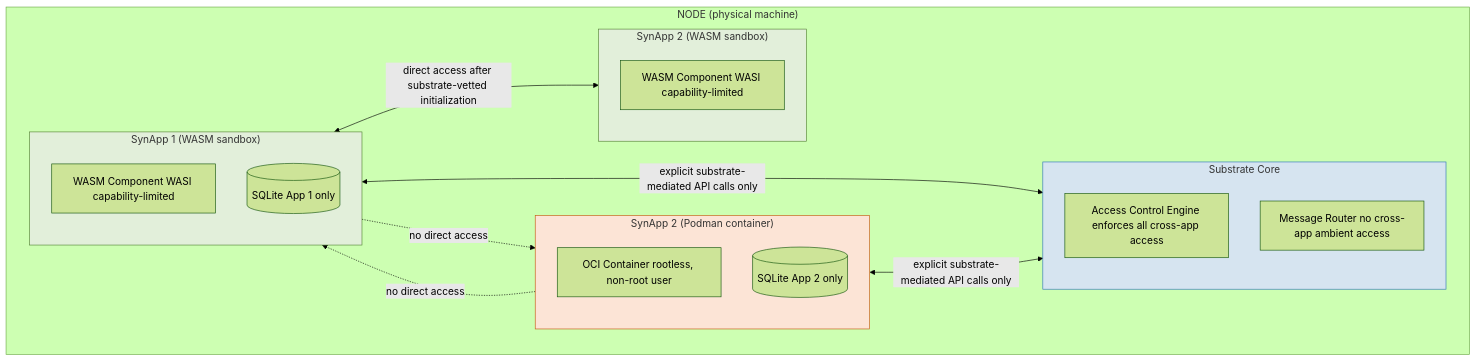
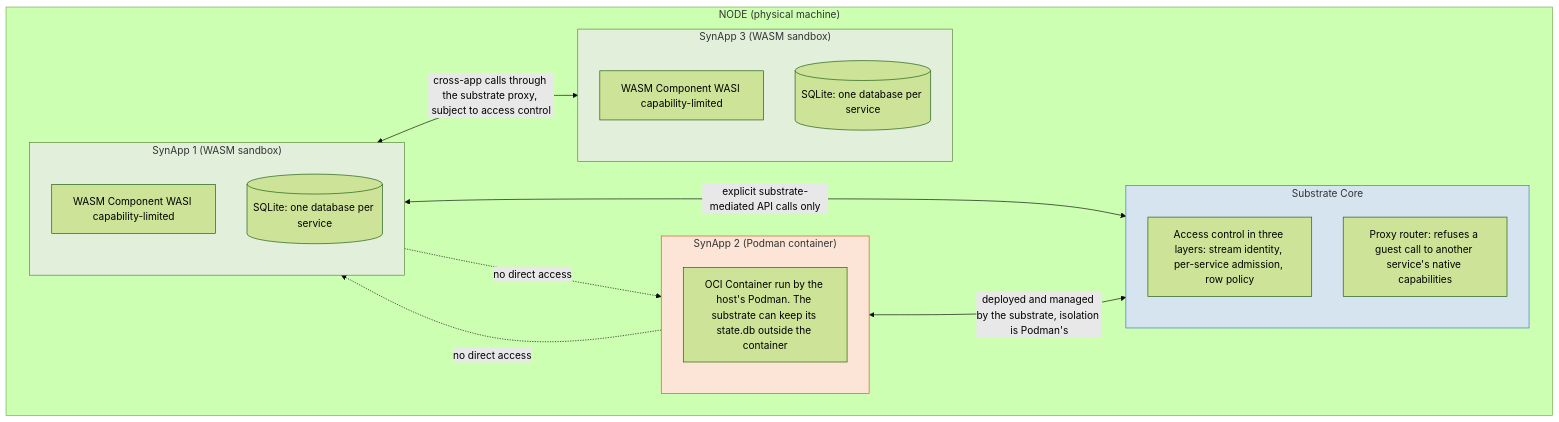
One commit to syneroym/syneroym changed diagram 23 of 23 in docs/system-architecture.md. Above: the diagram before and after it, drawn with Mermaid (forest theme). The commit also changed other lines of this file and 15 other files, not shown here.

First line of the commit message:
docs(architecture): apply audit fixes (#293)

````diff
--- a/docs/system-architecture.md
+++ b/docs/system-architecture.md
@@ -1152,35 +1629,34 @@
 ```mermaid
 flowchart TD
     subgraph NODE2["NODE (physical machine)"]
         subgraph APP1["SynApp 1 (WASM sandbox)"]
             W1[WASM Component WASI capability-limited]
-            DB1[(SQLite App 1 only)]
+            DB1[(SQLite: one database per service)]
         end
 
         subgraph APP2["SynApp 2 (Podman container)"]
-            P1[OCI Container rootless, non-root user]
-            DB2[(SQLite App 2 only)]
+            P1[OCI Container run by the host's Podman. The substrate can keep its state.db outside the container]
         end
 
-        subgraph APP3["SynApp 2 (WASM sandbox)"]
+        subgraph APP3["SynApp 3 (WASM sandbox)"]
             W2[WASM Component WASI capability-limited]
-            DB2[(SQLite App 2 only)]
+            DB2[(SQLite: one database per service)]
         end
 
         subgraph SUBSTRATE_CORE["Substrate Core"]
-            AC3[Access Control Engine enforces all cross-app access]
-            MSG4[Message Router no cross-app ambient access]
+            AC3[Access control in three layers: stream identity, per-service admission, row policy]
+            MSG4[Proxy router: refuses a guest call to another service's native capabilities]
         end
     end
 
-    APP1 <-->|"direct access after substrate-vetted initialization"| APP3
+    APP1 <-->|"cross-app calls through the substrate proxy, subject to access control"| APP3
     APP1 <-->|"explicit substrate-mediated API calls only"| SUBSTRATE_CORE
-    APP2 <-->|"explicit substrate-mediated API calls only"| SUBSTRATE_CORE
+    APP2 <-->|"deployed and managed by the substrate, isolation is Podman's"| SUBSTRATE_CORE
     APP1 -. "no direct access" .-> APP2
     APP2 -. "no direct access" .-> APP1
 
     style APP1 fill:#E2EFDA,stroke:#548235
     style APP2 fill:#FCE4D6,stroke:#C55A11
     style APP3 fill:#E2EFDA,stroke:#548235
     style SUBSTRATE_CORE fill:#D6E4F0,stroke:#2E75B6
 ```
````
